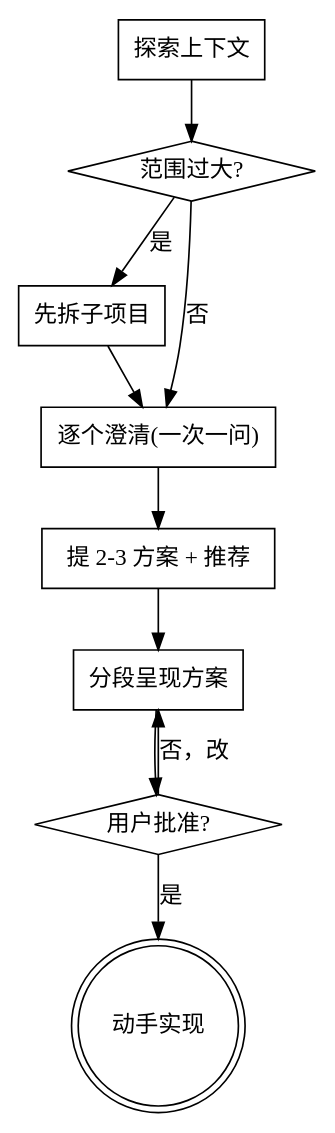
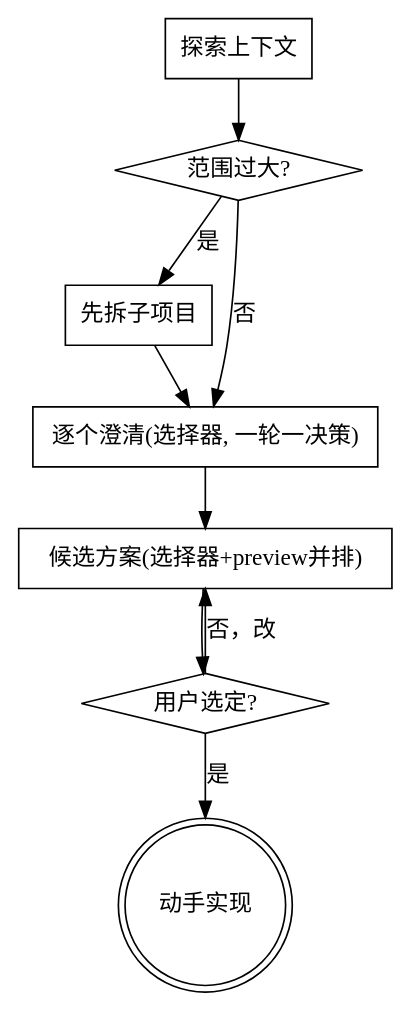
The diagram in skills/align/SKILL.md (cheng6563/litepowers), drawn with Graphviz before and after one commit. The commit also changed other lines of this file, not shown here.

````diff
--- a/skills/align/SKILL.md
+++ b/skills/align/SKILL.md
@@ -22,22 +52,20 @@
 ```dot
 digraph align {
     "探索上下文" [shape=box];
     "范围过大?" [shape=diamond];
     "先拆子项目" [shape=box];
-    "逐个澄清(一次一问)" [shape=box];
-    "提 2-3 方案 + 推荐" [shape=box];
-    "分段呈现方案" [shape=box];
-    "用户批准?" [shape=diamond];
+    "逐个澄清(选择器, 一轮一决策)" [shape=box];
+    "候选方案(选择器+preview并排)" [shape=box];
+    "用户选定?" [shape=diamond];
     "动手实现" [shape=doublecircle];
 
     "探索上下文" -> "范围过大?";
     "范围过大?" -> "先拆子项目" [label="是"];
-    "范围过大?" -> "逐个澄清(一次一问)" [label="否"];
-    "先拆子项目" -> "逐个澄清(一次一问)";
-    "逐个澄清(一次一问)" -> "提 2-3 方案 + 推荐";
-    "提 2-3 方案 + 推荐" -> "分段呈现方案";
-    "分段呈现方案" -> "用户批准?";
-    "用户批准?" -> "分段呈现方案" [label="否，改"];
-    "用户批准?" -> "动手实现" [label="是"];
+    "范围过大?" -> "逐个澄清(选择器, 一轮一决策)" [label="否"];
+    "先拆子项目" -> "逐个澄清(选择器, 一轮一决策)";
+    "逐个澄清(选择器, 一轮一决策)" -> "候选方案(选择器+preview并排)";
+    "候选方案(选择器+preview并排)" -> "用户选定?";
+    "用户选定?" -> "候选方案(选择器+preview并排)" [label="否，改"];
+    "用户选定?" -> "动手实现" [label="是"];
 }
 ```
````
